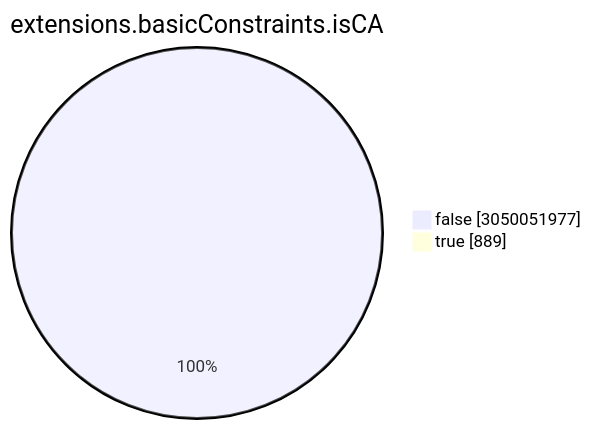
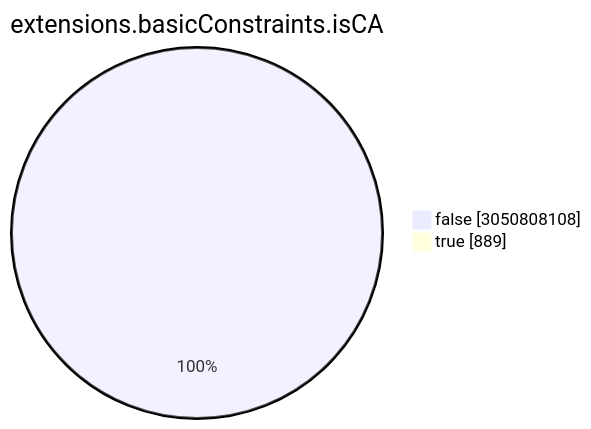
Before and after one commit to christiankrug/ctmonitor_visualization: the seventh of 15 diagrams in TOTAL/README.md, drawn with Mermaid. The commit also changed other lines of this file, not shown here.

````diff
--- a/TOTAL/README.md
+++ b/TOTAL/README.md
@@ -3086,6 +3086,6 @@
 ```mermaid
 pie showData
 title extensions.basicConstraints.isCA
-"false" :3050051977
+"false" :3050808108
 "true" :889
 ```
````
